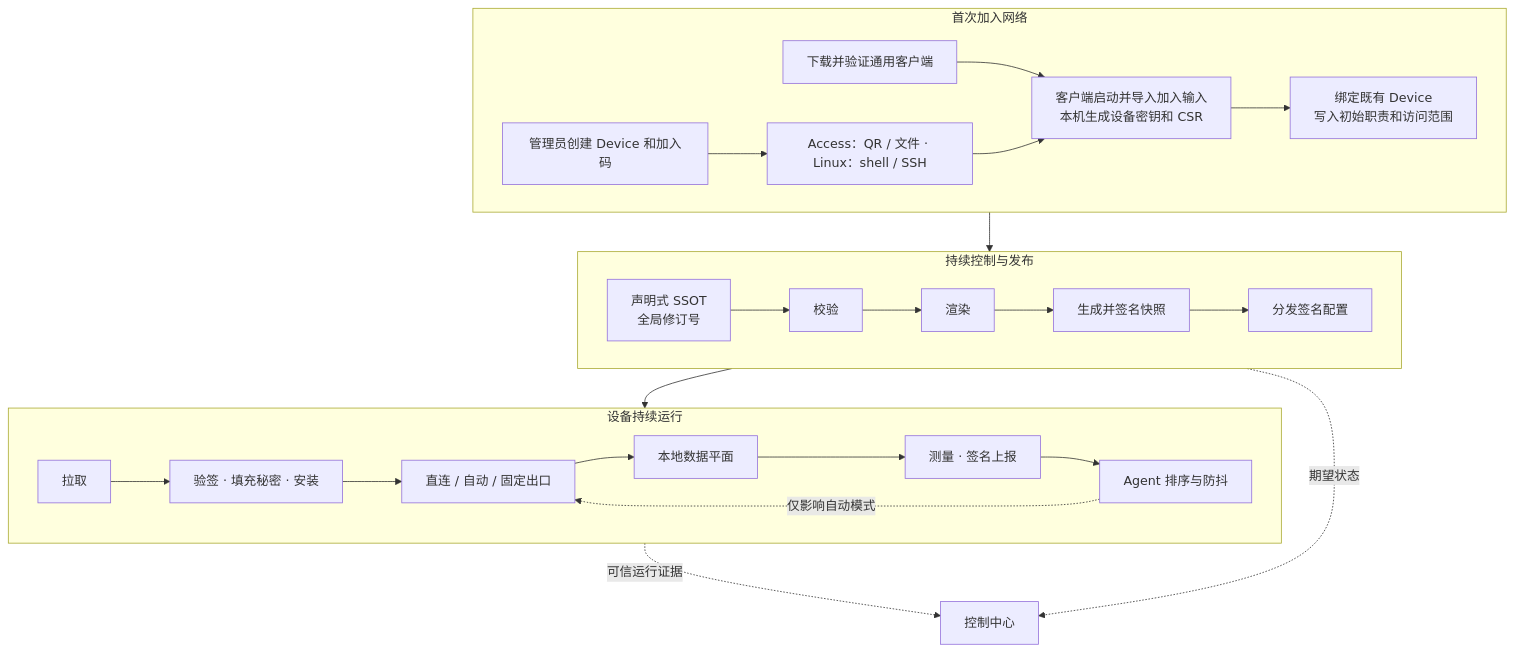
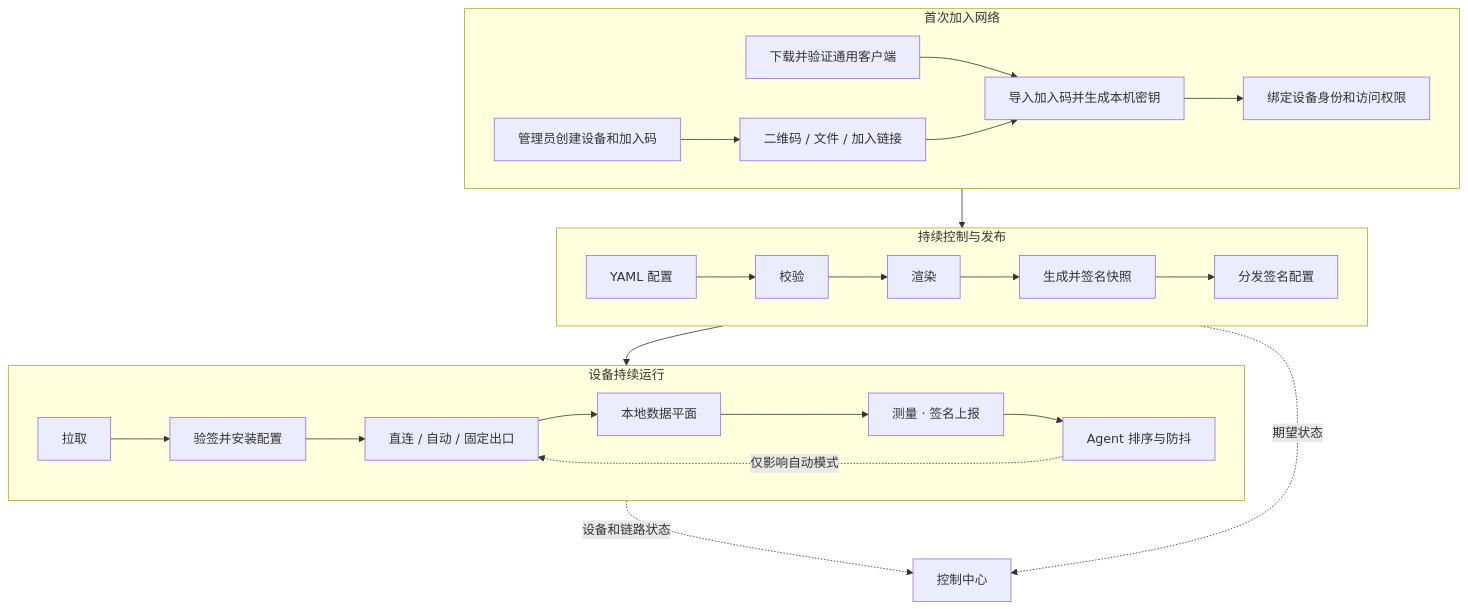
Before and after one commit to Scisaga/loom: the diagram in README.md, drawn with Mermaid. The commit also changed other lines of this file and 2 other files, not shown here.

````diff
--- a/README.md
+++ b/README.md
@@ -84,31 +59,31 @@
 ```mermaid
 flowchart TB
     subgraph Join["首次加入网络"]
         direction LR
-        Admin["管理员创建 Device 和加入码"] --> Carrier["Access：QR / 文件 · Linux：shell / SSH"]
-        Package["下载并验证通用客户端"] --> Bind["客户端启动并导入加入输入<br/>本机生成设备密钥和 CSR"]
+        Admin["管理员创建设备和加入码"] --> Carrier["二维码 / 文件 / 加入链接"]
+        Package["下载并验证通用客户端"] --> Bind["导入加入码并生成本机密钥"]
         Carrier --> Bind
-        Bind --> Identity["绑定既有 Device<br/>写入初始职责和访问范围"]
+        Bind --> Identity["绑定设备身份和访问权限"]
     end
 
     subgraph Control["持续控制与发布"]
         direction LR
-        Identity --> SSOT["声明式 SSOT<br/>全局修订号"]
+        Identity --> SSOT["YAML 配置"]
         SSOT --> Validate["校验"] --> Render["渲染"]
         Render --> Snapshot["生成并签名快照"]
         Snapshot --> Distribution["分发签名配置"]
     end
 
     subgraph Device["设备持续运行"]
         direction LR
-        Distribution --> Pull["拉取"] --> Verify["验签 · 填充秘密 · 安装"]
+        Distribution --> Pull["拉取"] --> Verify["验签并安装配置"]
         Verify --> Selector["直连 / 自动 / 固定出口"]
         Selector --> Runtime["本地数据平面"]
         Runtime --> Measure["测量 · 签名上报"]
         Measure --> Agent["Agent 排序与防抖"]
         Agent -.->|仅影响自动模式| Selector
     end
 
     SSOT -.->|期望状态| Console["控制中心"]
-    Measure -.->|可信运行证据| Console
+    Measure -.->|设备和链路状态| Console
 ```
````
